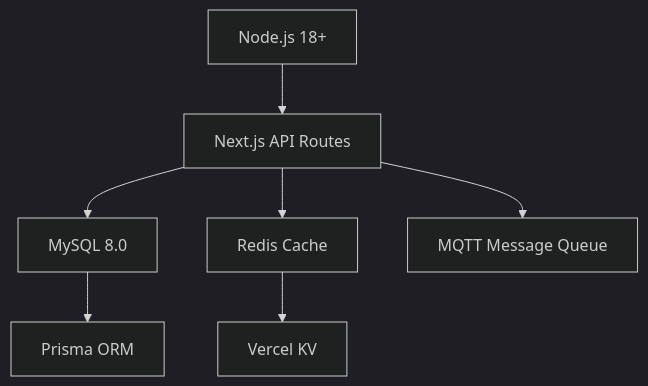
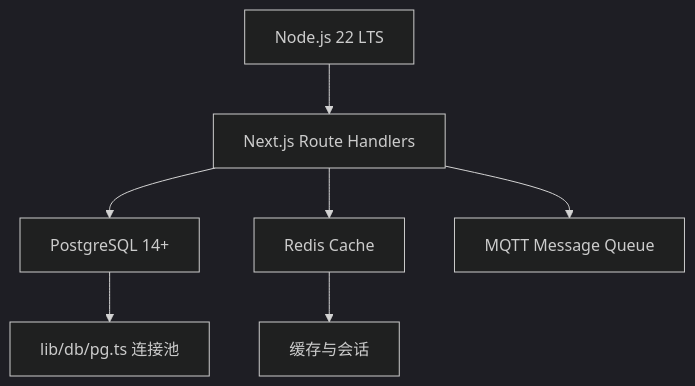
Before and after one commit to YYC-Cube/YYC3-Clube-Management-System: the second of 2 diagrams in README.md, drawn with Mermaid (dark theme). The commit also changed other lines of this file and 35 other files, not shown here.

````diff
--- a/README.md
+++ b/README.md
@@ -369,9 +400,9 @@
 ```mermaid
 graph TD
-    A[Node.js 18+] --> B[Next.js API Routes]
-    B --> C[MySQL 8.0]
+    A[Node.js 22 LTS] --> B[Next.js Route Handlers]
+    B --> C[PostgreSQL 14+]
     B --> D[Redis Cache]
     B --> E[MQTT Message Queue]
-    C --> F[Prisma ORM]
-    D --> G[Vercel KV]
+    C --> F[lib/db/pg.ts 连接池]
+    D --> G[缓存与会话]
 ```
````
